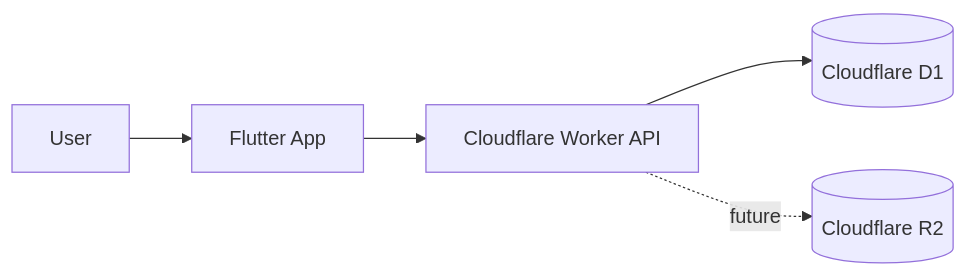
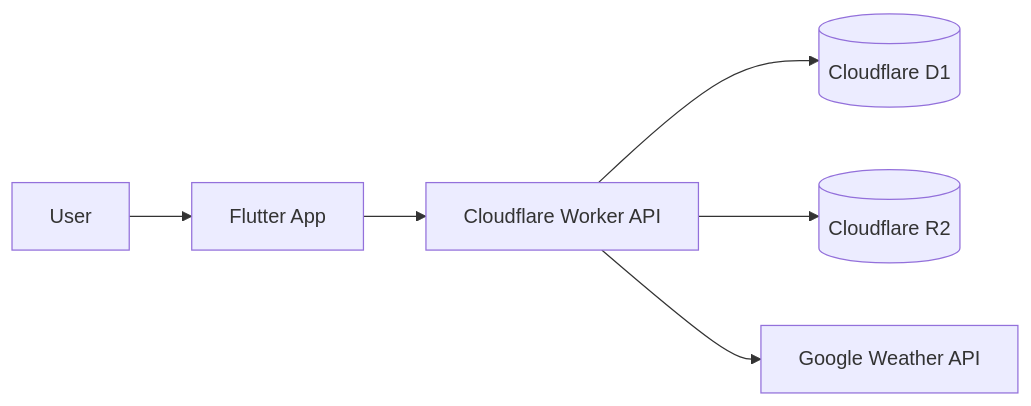
Before and after one commit to nathcymru/CiCwtch: the first of 3 diagrams in docs/architecture/diagrams.md, drawn with Mermaid. The commit also changed other lines of this file and 4 other files, not shown here.

Commit message:
docs: update architecture, GDPR and Fides for v0.3.5 dog enrichment

````diff
--- a/docs/architecture/diagrams.md
+++ b/docs/architecture/diagrams.md
@@ -26,7 +26,8 @@
 ```mermaid
 flowchart LR
   User[User] --> Flutter[Flutter App]
   Flutter --> Worker[Cloudflare Worker API]
   Worker --> D1[(Cloudflare D1)]
-  Worker -. future .-> R2[(Cloudflare R2)]
+  Worker --> R2[(Cloudflare R2)]
+  Worker --> GoogleWeather[Google Weather API]
 ```
````
